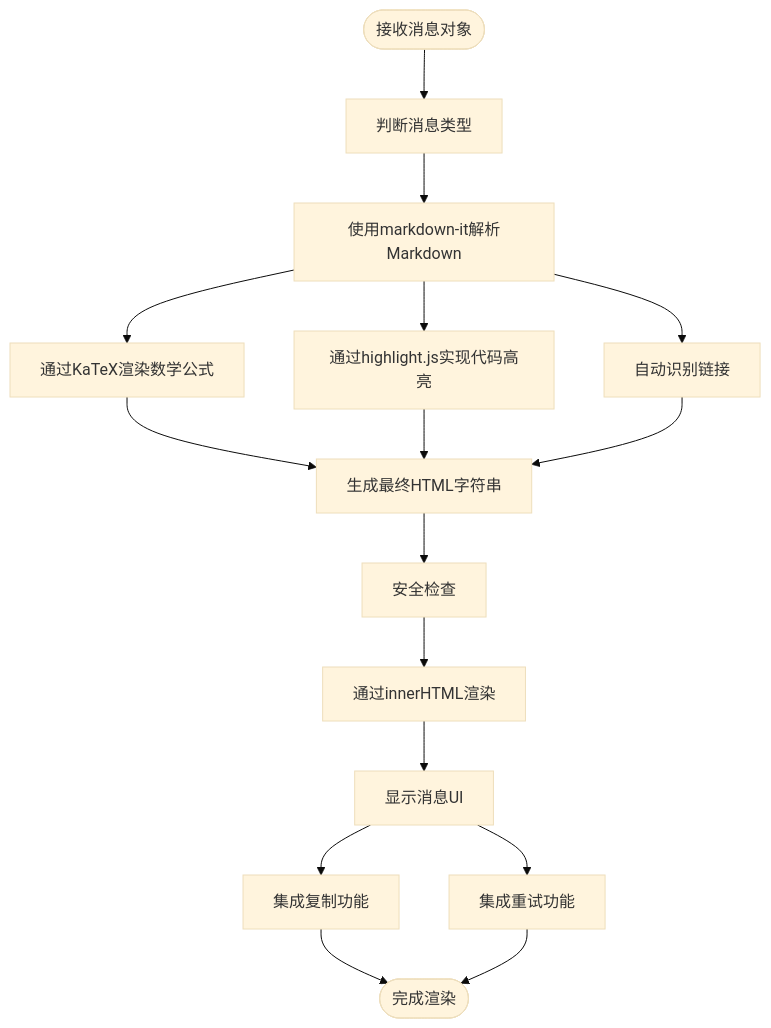
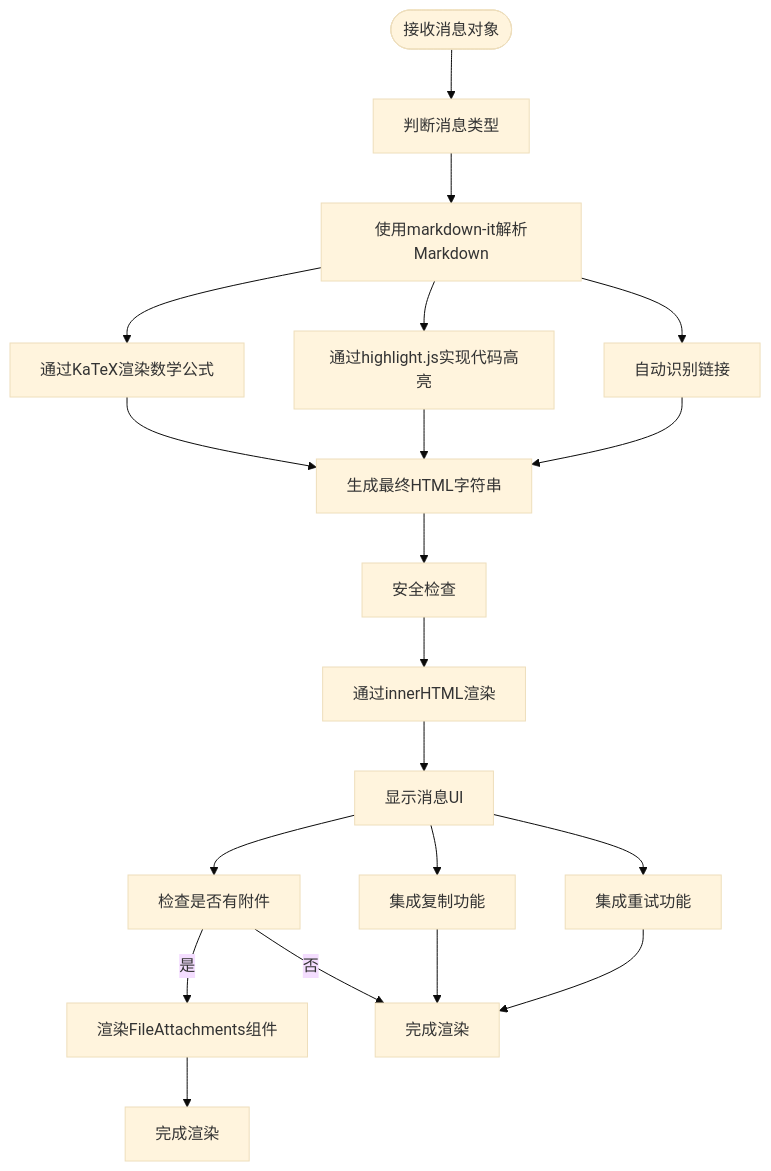
Before and after one commit to zfyime/chat-mini: the fourth of 10 diagrams in .qoder/repowiki/zh/content/组件架构/MessageItem组件.md, drawn with Mermaid (base theme). The commit also changed other lines of this file and 8 other files, not shown here.

````diff
--- a/.qoder/repowiki/zh/content/组件架构/MessageItem组件.md
+++ b/.qoder/repowiki/zh/content/组件架构/MessageItem组件.md
@@ -141,18 +172,22 @@
 ```mermaid
 flowchart TD
 Start([接收消息对象]) --> TypeCheck["判断消息类型"]
 TypeCheck --> MarkdownParse["使用markdown-it解析Markdown"]
 MarkdownParse --> KatexRender["通过KaTeX渲染数学公式"]
 MarkdownParse --> HighlightRender["通过highlight.js实现代码高亮"]
 MarkdownParse --> Linkify["自动识别链接"]
 KatexRender --> FinalHTML["生成最终HTML字符串"]
 HighlightRender --> FinalHTML
 Linkify --> FinalHTML
 FinalHTML --> SecurityCheck["安全检查"]
 SecurityCheck --> InnerHTML["通过innerHTML渲染"]
 InnerHTML --> UI["显示消息UI"]
 UI --> CopyFeature["集成复制功能"]
 UI --> RetryFeature["集成重试功能"]
-CopyFeature --> End([完成渲染])
-RetryFeature --> End
+UI --> AttachmentCheck["检查是否有附件"]
+AttachmentCheck --> |是| RenderAttachments["渲染FileAttachments组件"]
+AttachmentCheck --> |否| End1["完成渲染"]
+RenderAttachments --> End2["完成渲染"]
+CopyFeature --> End1
+RetryFeature --> End1
 ```
````
